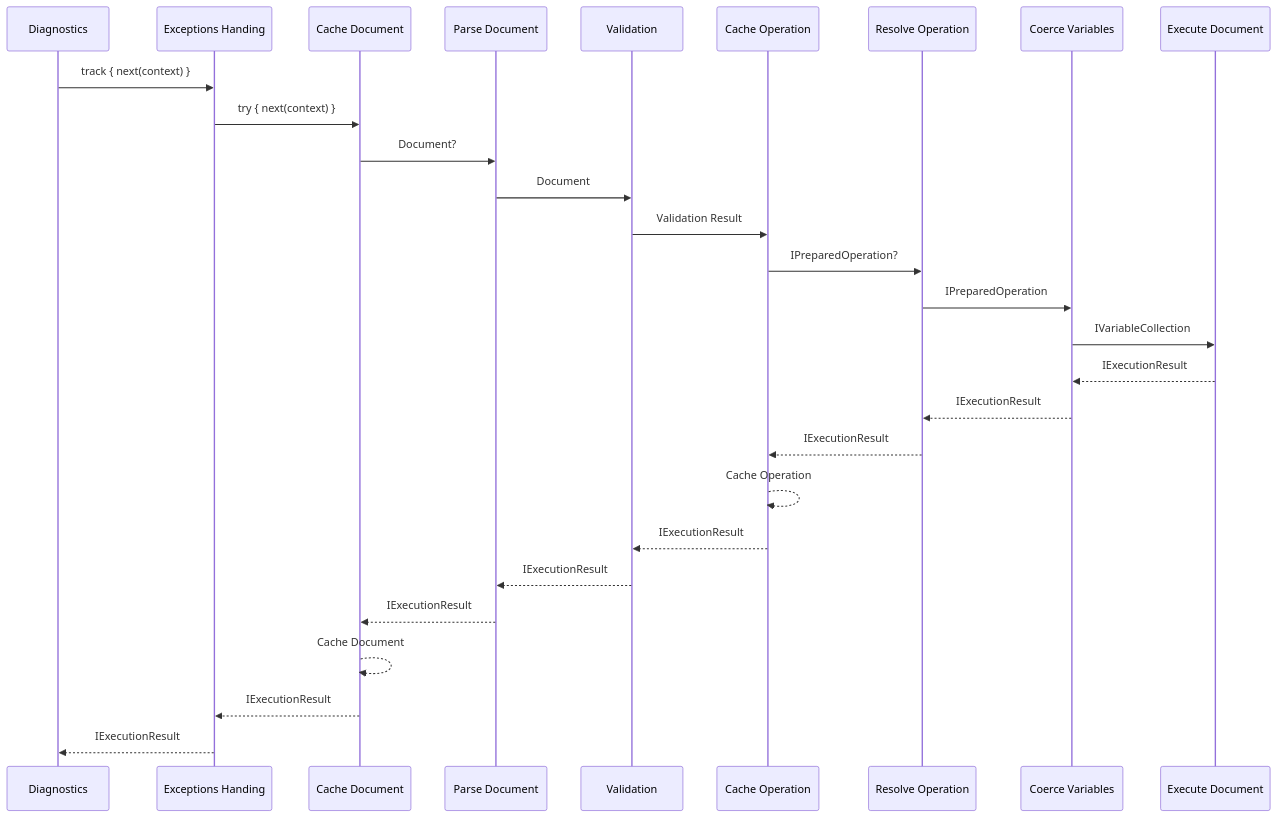
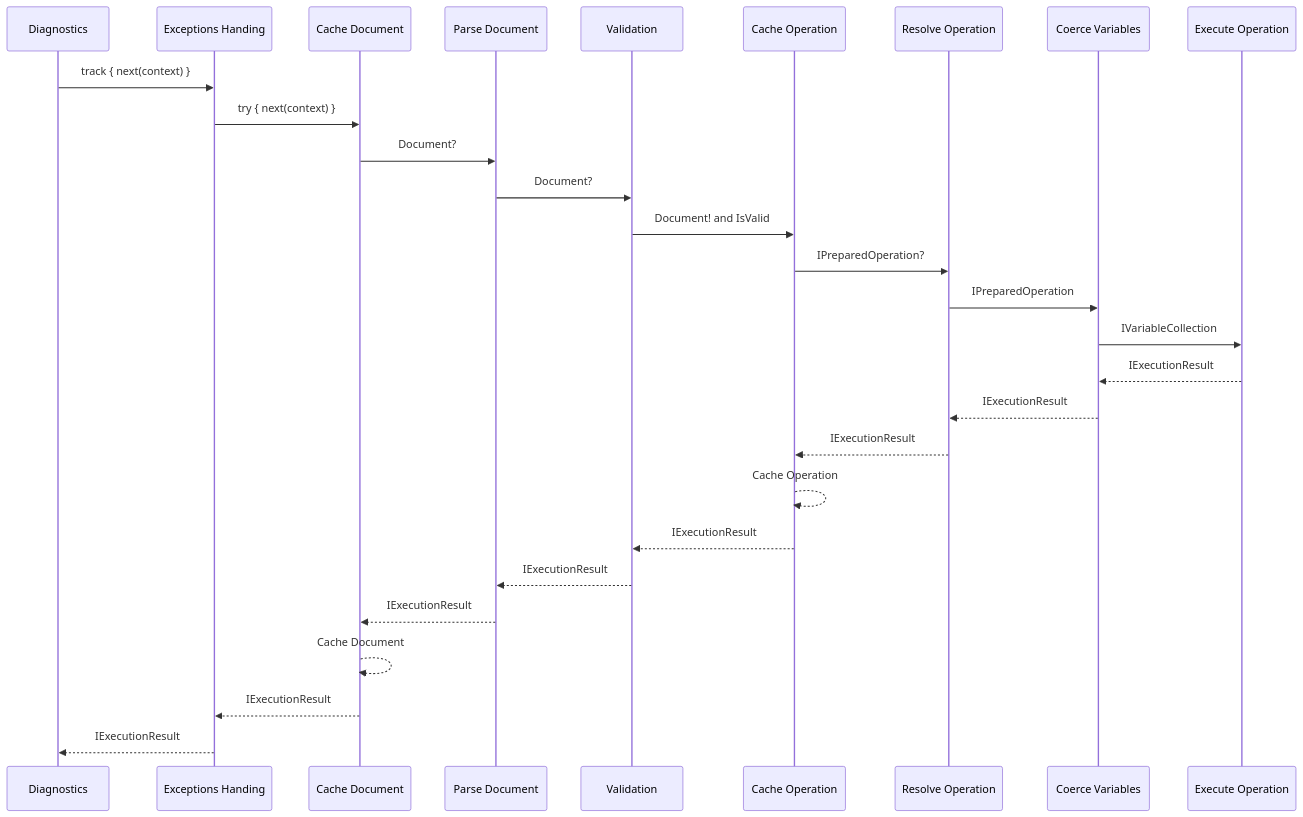
The diagram in src/HotChocolate/Core/src/Execution/Pipeline/Pipelines.md (ChilliCream/graphql-platform), drawn with Mermaid before and after one commit. The commit also changed other lines of this file and 8 other files, not shown here.

````diff
--- a/src/HotChocolate/Core/src/Execution/Pipeline/Pipelines.md
+++ b/src/HotChocolate/Core/src/Execution/Pipeline/Pipelines.md
@@ -1,22 +7,22 @@
 ```mermaid
 sequenceDiagram
     Diagnostics->>Exceptions Handing: track { next(context) }
     Exceptions Handing->>Cache Document: try { next(context) }
     Cache Document->>Parse Document: Document?
-    Parse Document->>Validation: Document
-    Validation->>Cache Operation: Validation Result
+    Parse Document->>Validation: Document?
+    Validation->>Cache Operation: Document! and IsValid
     Cache Operation->>Resolve Operation: IPreparedOperation?
     Resolve Operation->>Coerce Variables: IPreparedOperation
-    Coerce Variables->>Execute Document: IVariableCollection
+    Coerce Variables->>Execute Operation: IVariableCollection
 
-    Execute Document-->>Coerce Variables: IExecutionResult
+    Execute Operation-->>Coerce Variables: IExecutionResult
     Coerce Variables-->>Resolve Operation: IExecutionResult
     Resolve Operation-->>Cache Operation: IExecutionResult
     Cache Operation-->>Cache Operation: Cache Operation
     Cache Operation-->>Validation: IExecutionResult
     Validation-->>Parse Document: IExecutionResult
     Parse Document-->>Cache Document: IExecutionResult
     Cache Document-->>Cache Document: Cache Document
     Cache Document-->>Exceptions Handing: IExecutionResult
     Exceptions Handing-->>Diagnostics: IExecutionResult
 ```
````
